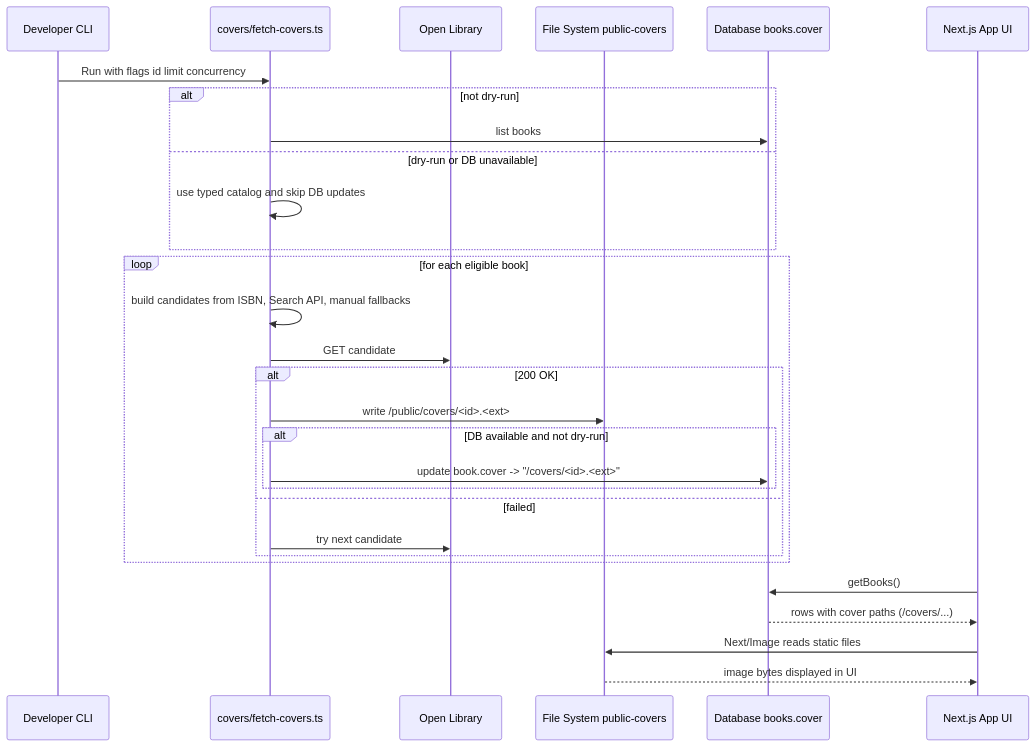
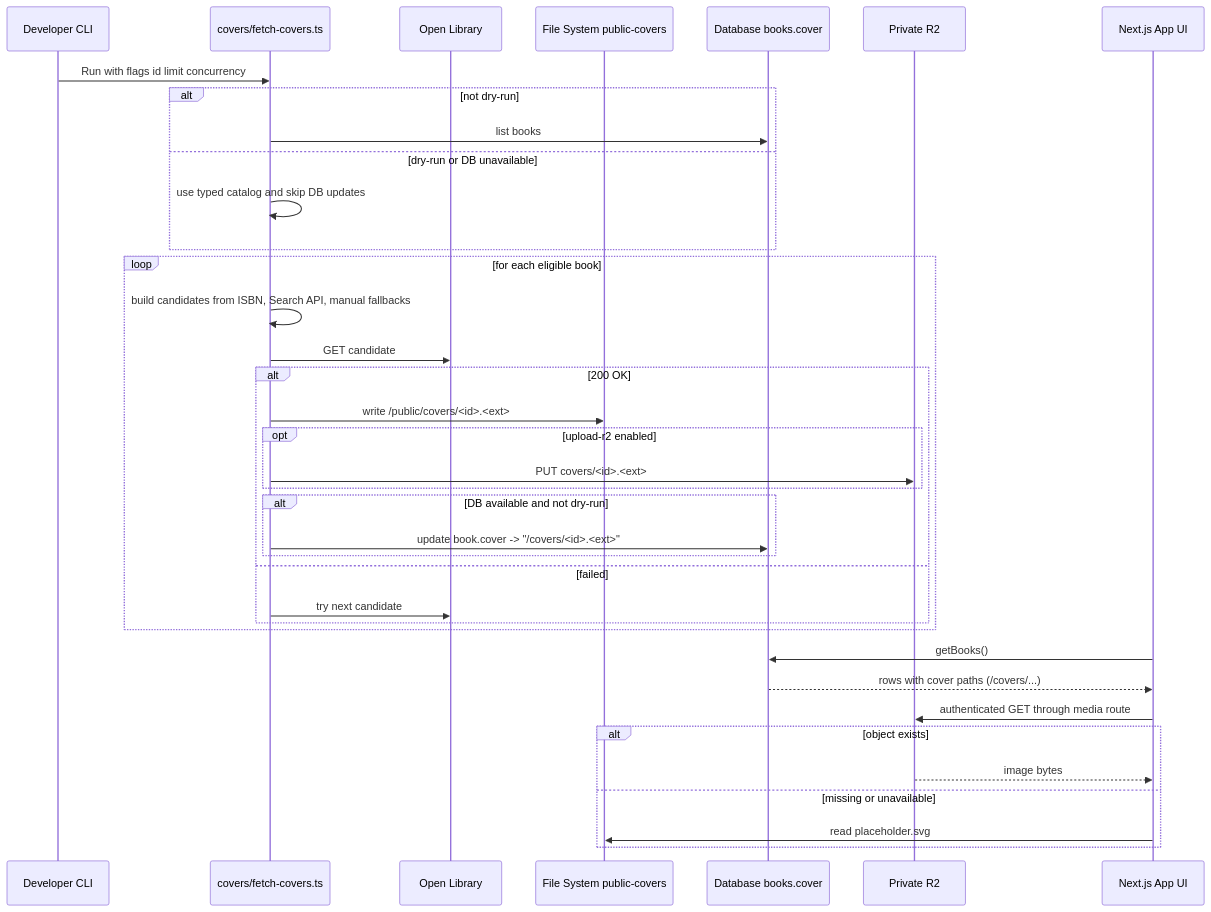
The diagram in docs/covers-fetching.md (amalv/bukie), drawn with Mermaid before and after one commit. The commit also changed other lines of this file and 14 other files, not shown here.

Commit message:
fix(media): fall back for unavailable covers

````diff
--- a/docs/covers-fetching.md
+++ b/docs/covers-fetching.md
@@ -107,33 +117,41 @@
 ```mermaid
 sequenceDiagram
   participant Dev as Developer CLI
   participant Fetcher as covers/fetch-covers.ts
   participant OL as Open Library
   participant FS as File System public-covers
   participant DB as Database books.cover
+  participant R2 as Private R2
   participant App as Next.js App UI
 
   Dev->>Fetcher: Run with flags id limit concurrency
   alt not dry-run
     Fetcher->>DB: list books
   else dry-run or DB unavailable
     Fetcher->>Fetcher: use typed catalog and skip DB updates
   end
   loop for each eligible book
     Fetcher->>Fetcher: build candidates from ISBN, Search API, manual fallbacks
     Fetcher->>OL: GET candidate
     alt 200 OK
       Fetcher->>FS: write /public/covers/<id>.<ext>
+      opt upload-r2 enabled
+        Fetcher->>R2: PUT covers/<id>.<ext>
+      end
       alt DB available and not dry-run
         Fetcher->>DB: update book.cover -> "/covers/<id>.<ext>"
       end
     else failed
       Fetcher->>OL: try next candidate
     end
   end
 
   App->>DB: getBooks()
   DB-->>App: rows with cover paths (/covers/...)
-  App->>FS: Next/Image reads static files
-  FS-->>App: image bytes displayed in UI
+  App->>R2: authenticated GET through media route
+  alt object exists
+    R2-->>App: image bytes
+  else missing or unavailable
+    App->>FS: read placeholder.svg
+  end
 ```
````
